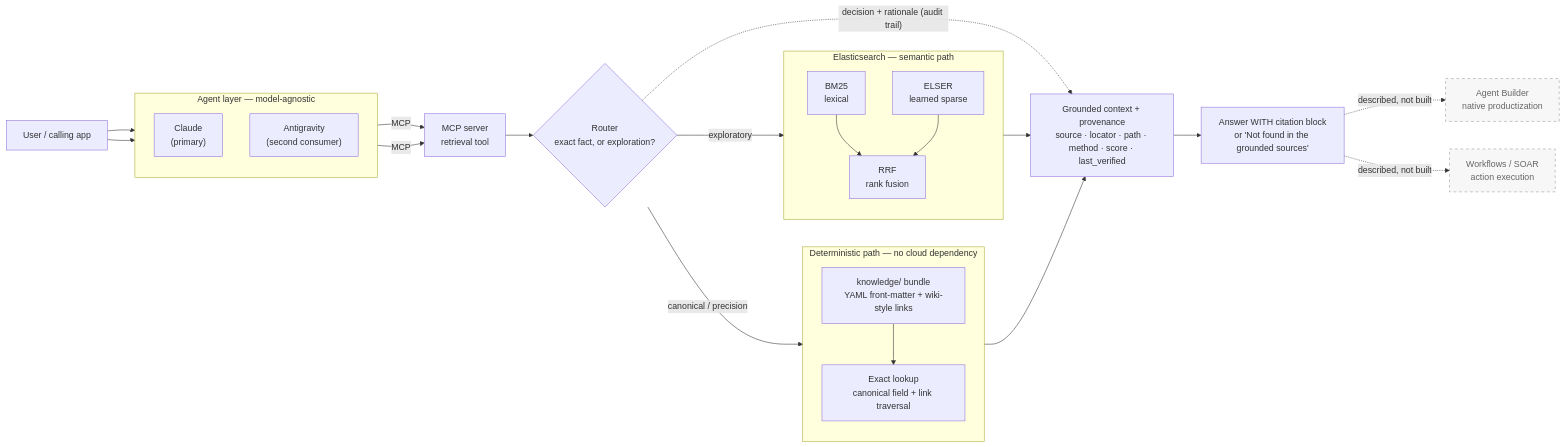
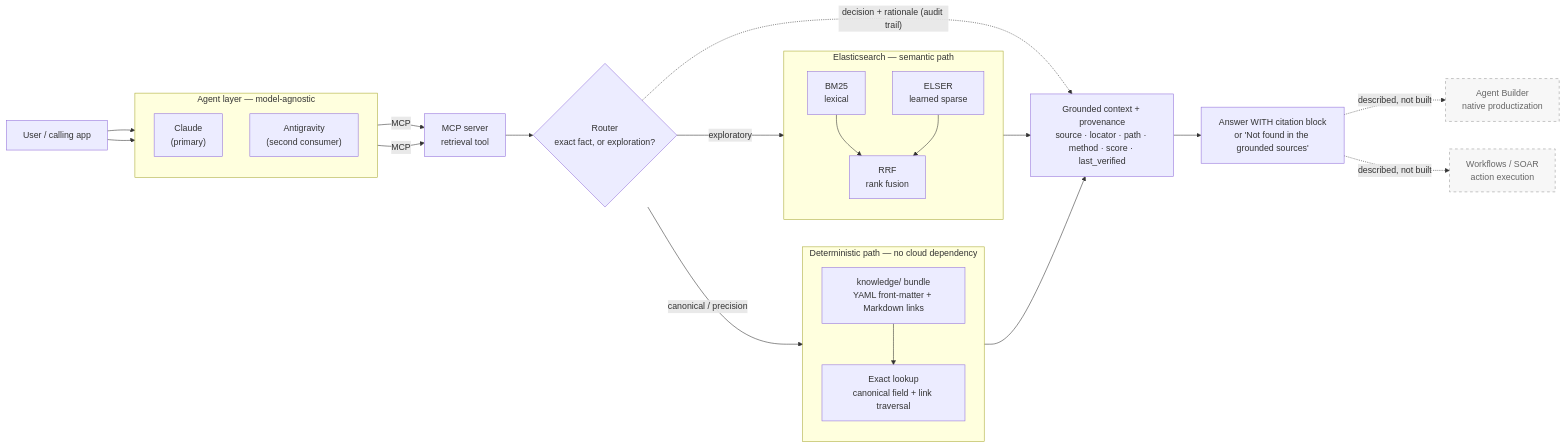
Before and after one commit to cdevarenne/grounded-context: the diagram in README.md, drawn with Mermaid. The commit also changed other lines of this file and 4 other files, not shown here.

````diff
--- a/README.md
+++ b/README.md
@@ -41,52 +41,52 @@
 ```mermaid
 flowchart LR
     U["User / calling app"]
 
     subgraph AGENT["Agent layer — model-agnostic"]
         direction TB
         CL["Claude<br/>(primary)"]
         AV["Antigravity<br/>(second consumer)"]
     end
 
     M["MCP server<br/>retrieval tool"]
     R{"Router<br/>exact fact, or exploration?"}
 
     subgraph DET["Deterministic path — no cloud dependency"]
         direction TB
-        KB["knowledge/ bundle<br/>YAML front-matter + wiki-style links"]
+        KB["knowledge/ bundle<br/>YAML front-matter + Markdown links"]
         LK["Exact lookup<br/>canonical field + link traversal"]
         KB --> LK
     end
 
     subgraph ES["Elasticsearch — semantic path"]
         direction TB
         BM["BM25<br/>lexical"]
         EL["ELSER<br/>learned sparse"]
         HF["RRF<br/>rank fusion"]
         BM --> HF
         EL --> HF
     end
 
     G["Grounded context + provenance<br/>source · locator · path · method · score · last_verified"]
     A["Answer WITH citation block<br/>or 'Not found in the grounded sources'"]
 
     AB["Agent Builder<br/>native productization"]
     WF["Workflows / SOAR<br/>action execution"]
 
     U --> CL
     U --> AV
     CL -->|MCP| M
     AV -->|MCP| M
     M --> R
     R -->|"canonical / precision"| DET
     R -->|"exploratory"| ES
     LK --> G
     HF --> G
     R -.->|"decision + rationale (audit trail)"| G
     G --> A
     A -.->|described, not built| AB
     A -.->|described, not built| WF
 
     classDef notbuilt fill:#f7f7f7,stroke:#999,stroke-dasharray:5 5,color:#666;
     class AB,WF notbuilt;
 ```
````
